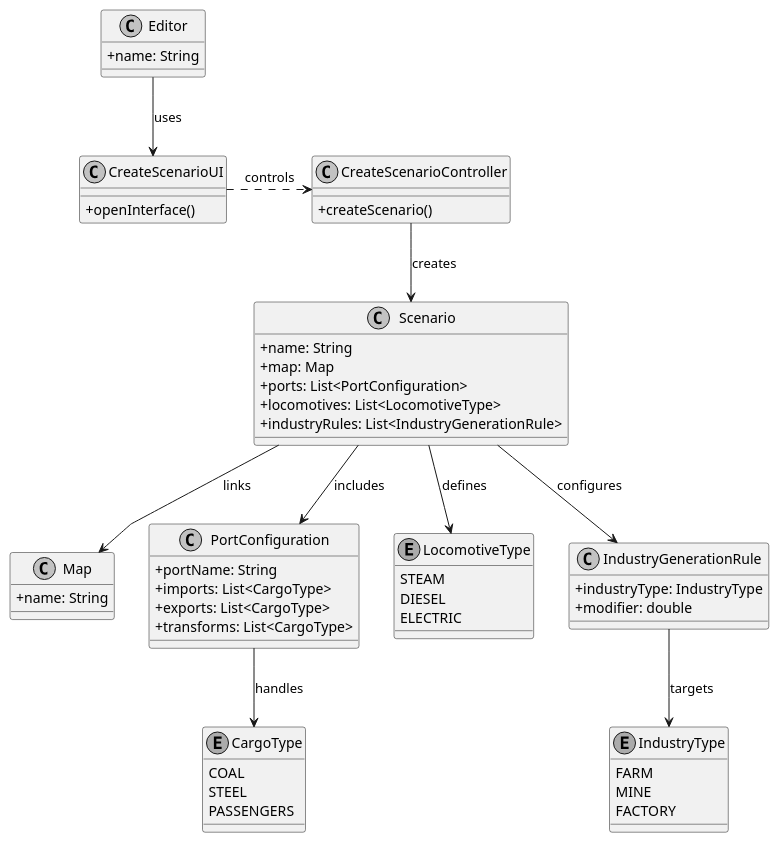
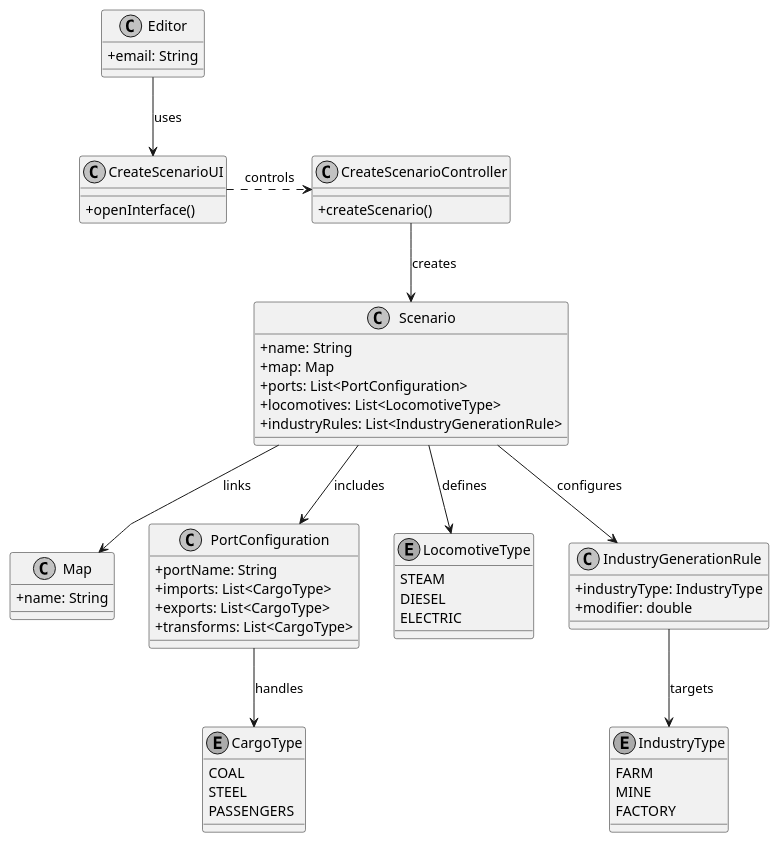
Before and after one commit to bruno-monteiro5/sem2-pi-24.25-g132-repo: the diagram in docs/system-documentation/US004/03.design/puml/US004-CD.puml, drawn with PlantUML. The commit also changed 5 other files, not shown here.

```diff
--- a/docs/system-documentation/US004/03.design/puml/US004-CD.puml
+++ b/docs/system-documentation/US004/03.design/puml/US004-CD.puml
@@ -1,73 +1,73 @@
 @startuml
 skinparam monochrome true
 skinparam packageStyle rectangle
 skinparam shadowing false
 skinparam linetype polyline
 skinparam classAttributeIconSize 0
 
 '--- Classes Principais ---
 class Editor {
-    + name: String
+    + email: String
 }
 
 class Map {
     + name: String
 }
 
 class Scenario {
     + name: String
     + map: Map
     + ports: List<PortConfiguration>
     + locomotives: List<LocomotiveType>
     + industryRules: List<IndustryGenerationRule>
 }
 
 class PortConfiguration {
     + portName: String
     + imports: List<CargoType>
     + exports: List<CargoType>
     + transforms: List<CargoType>
 }
 
 enum LocomotiveType {
     STEAM
     DIESEL
     ELECTRIC
 }
 
 enum CargoType {
     COAL
     STEEL
     PASSENGERS
 }
 
 class IndustryGenerationRule {
     + industryType: IndustryType
     + modifier: double
 }
 
 enum IndustryType {
     FARM
     MINE
     FACTORY
 }
 
 class CreateScenarioController {
     + createScenario()
 }
 
 class CreateScenarioUI {
     + openInterface()
 }
 
 Editor --> CreateScenarioUI : uses
 CreateScenarioUI .> CreateScenarioController : controls
 CreateScenarioController --> Scenario : creates
 Scenario --> Map : links
 Scenario --> PortConfiguration : includes
 Scenario --> LocomotiveType : defines
 Scenario --> IndustryGenerationRule : configures
 PortConfiguration --> CargoType : handles
 IndustryGenerationRule --> IndustryType : targets
 
 @enduml
```
